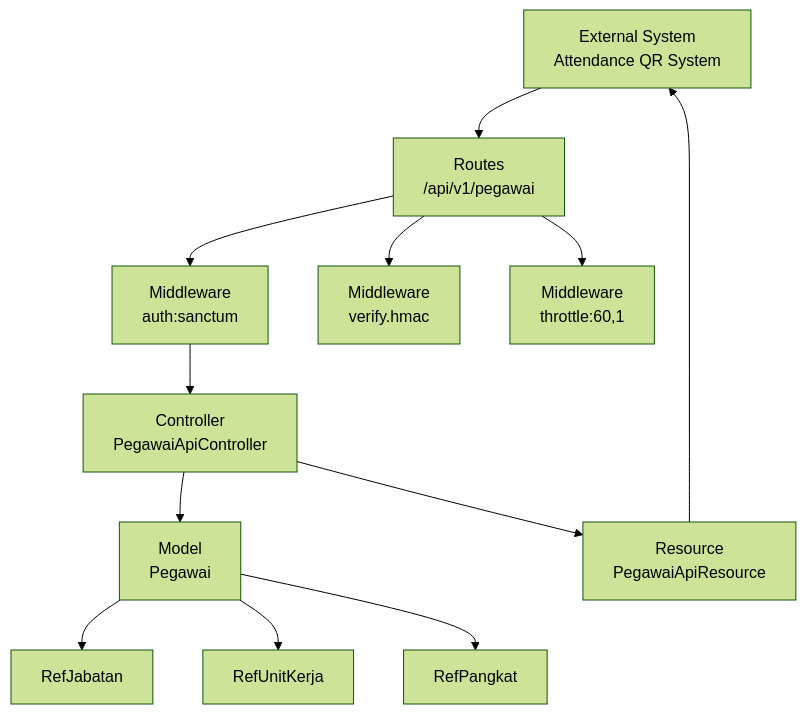
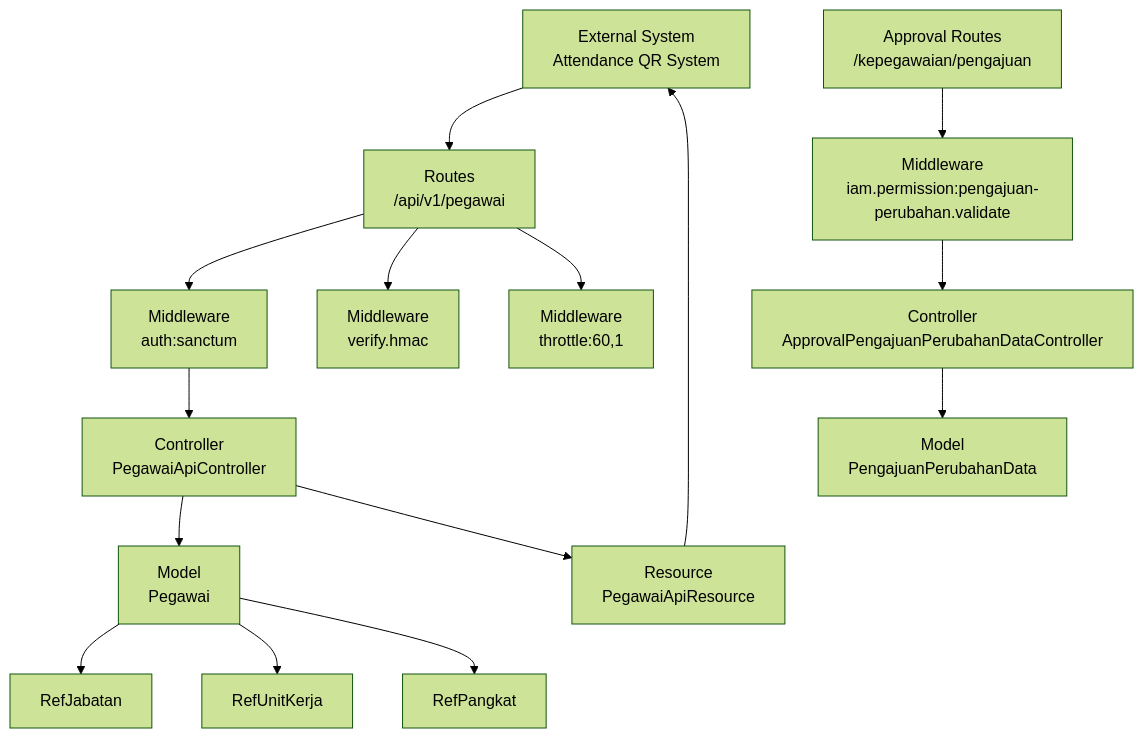
The first of 10 diagrams in .qoder/repowiki/en/content/API Documentation/Employee Management API.md (PA-Penajam/kepegawaian_apps), drawn with Mermaid (forest theme) before and after one commit. The commit also changed other lines of this file and 4 other files, not shown here.

First line of the commit message:
feat(approval): add self-service data change approval workflow

````diff
--- a/.qoder/repowiki/en/content/API Documentation/Employee Management API.md
+++ b/.qoder/repowiki/en/content/API Documentation/Employee Management API.md
@@ -41,14 +61,17 @@
 ```mermaid
 graph TB
 Client["External System<br/>Attendance QR System"] --> Routes["Routes<br/>/api/v1/pegawai"]
 Routes --> MW1["Middleware<br/>auth:sanctum"]
 Routes --> MW2["Middleware<br/>verify.hmac"]
 Routes --> MW3["Middleware<br/>throttle:60,1"]
 MW1 --> Ctrl["Controller<br/>PegawaiApiController"]
 Ctrl --> Model["Model<br/>Pegawai"]
 Model --> Jabatan["RefJabatan"]
 Model --> Unit["RefUnitKerja"]
 Model --> Pangkat["RefPangkat"]
 Ctrl --> Resource["Resource<br/>PegawaiApiResource"]
 Resource --> Client
+ApprovalRoutes["Approval Routes<br/>/kepegawaian/pengajuan"] --> ApprovalMW["Middleware<br/>iam.permission:pengajuan-perubahan.validate"]
+ApprovalMW --> ApprovalCtrl["Controller<br/>ApprovalPengajuanPerubahanDataController"]
+ApprovalCtrl --> ApprovalModel["Model<br/>PengajuanPerubahanData"]
 ```
````
